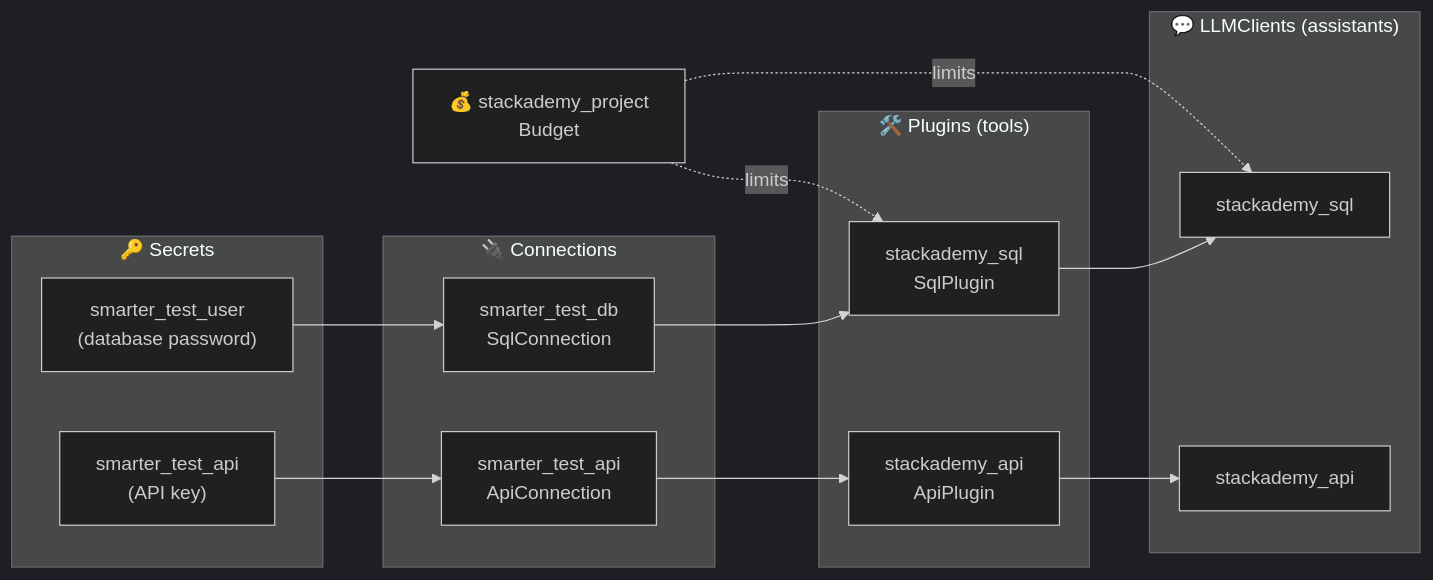
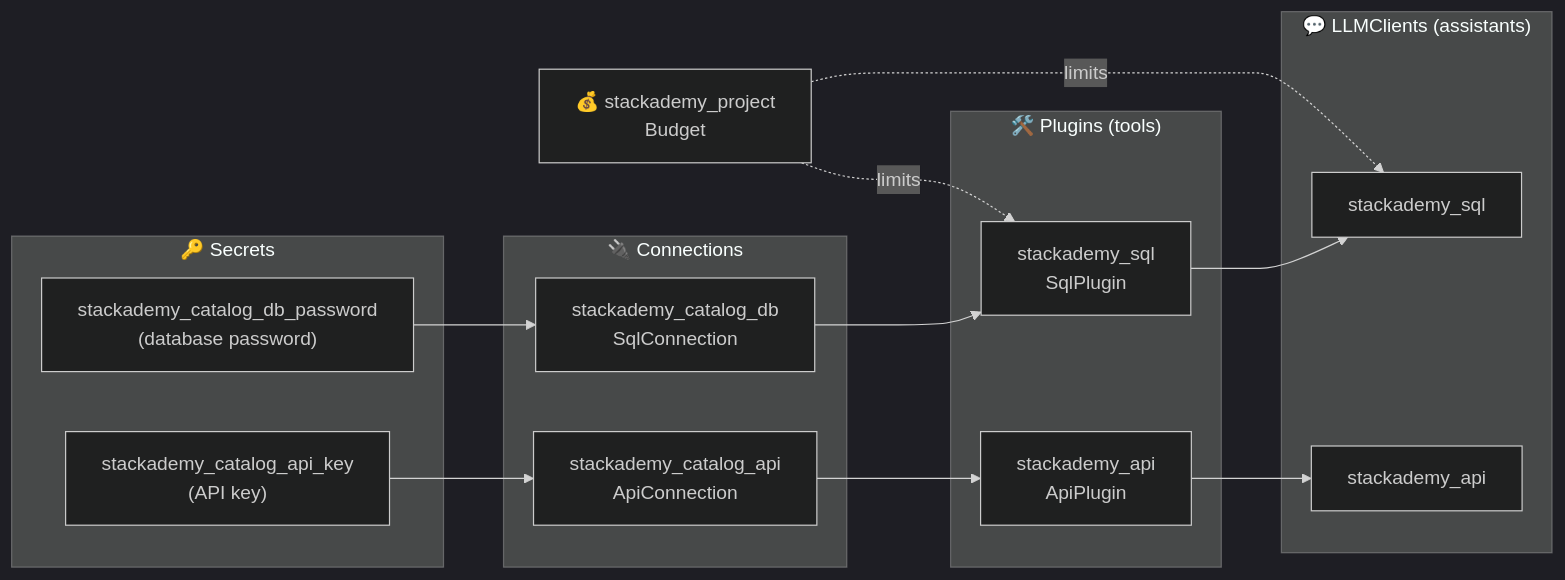
Before and after one commit to smarter-sh/stackademy: the second of 2 diagrams in README.md, drawn with Mermaid (dark theme). The commit also changed other lines of this file and 16 other files, not shown here.

````diff
--- a/README.md
+++ b/README.md
@@ -166,25 +166,25 @@
 ```mermaid
 flowchart LR
     subgraph secrets["🔑 Secrets"]
-        S1["smarter_test_user<br/>(database password)"]
-        S2["smarter_test_api<br/>(API key)"]
+        S1["stackademy_catalog_db_password<br/>(database password)"]
+        S2["stackademy_catalog_api_key<br/>(API key)"]
     end
     subgraph connections["🔌 Connections"]
-        C1["smarter_test_db<br/>SqlConnection"]
-        C2["smarter_test_api<br/>ApiConnection"]
+        C1["stackademy_catalog_db<br/>SqlConnection"]
+        C2["stackademy_catalog_api<br/>ApiConnection"]
     end
     subgraph tools["🛠️ Plugins (tools)"]
         P1["stackademy_sql<br/>SqlPlugin"]
         P2["stackademy_api<br/>ApiPlugin"]
     end
     subgraph assistants["💬 LLMClients (assistants)"]
         L1["stackademy_sql"]
         L2["stackademy_api"]
     end
     B["💰 stackademy_project<br/>Budget"]
 
     S1 --> C1 --> P1 --> L1
     S2 --> C2 --> P2 --> L2
     B -. limits .-> L1
     B -. limits .-> P1
 ```
````
